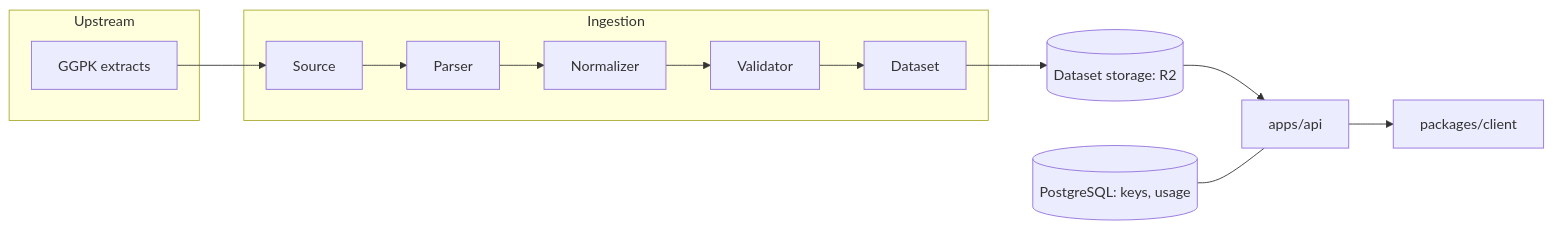
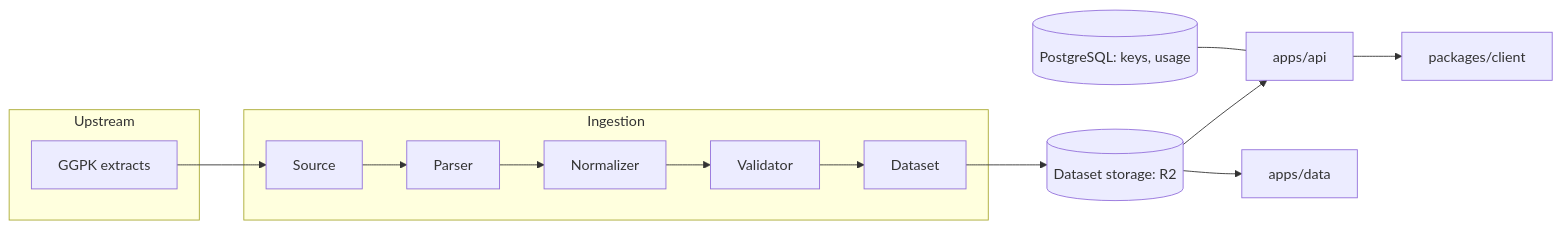
One commit to juddisjudd/exiledata changed the diagram in README.md. Above: the diagram before and after it, drawn with Mermaid. The commit also changed other lines of this file and 31 other files, not shown here.

First line of the commit message:
feat: publish every patch as JSON downloads at data.exiledata.dev

````diff
--- a/README.md
+++ b/README.md
@@ -26,14 +26,15 @@
 ```mermaid
 flowchart LR
     subgraph Upstream
         Extract[GGPK extracts]
     end
     subgraph Ingestion
         Source --> Parser --> Normalizer --> Validator --> Dataset
     end
     Extract --> Source
     Dataset --> Storage[(Dataset storage: R2)]
     Storage --> API[apps/api]
+    Storage --> Downloads[apps/data]
     API --> SDK[packages/client]
     Postgres[(PostgreSQL: keys, usage)] --- API
 ```
````
